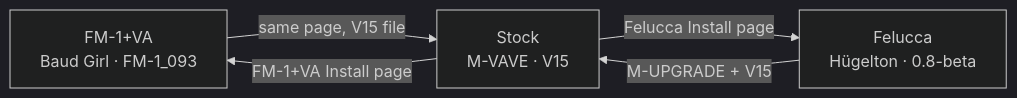
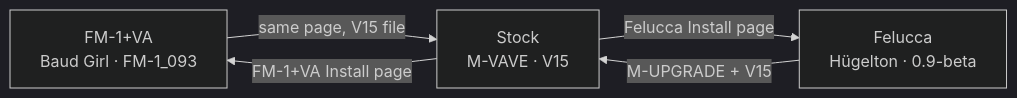
The diagram in docs/switching-firmware.md (benny-sparra/fm1-dx7-patch-importer), drawn with Mermaid (dark theme) before and after one commit. The commit also changed other lines of this file and 1 other file, not shown here.

First line of the commit message:
Update the Felucca notes for 0.9-beta (#157)

````diff
--- a/docs/switching-firmware.md
+++ b/docs/switching-firmware.md
@@ -11,10 +11,10 @@
 ```mermaid
 flowchart LR
   VA["FM-1+VA<br/>Baud Girl · FM-1_093"]
   Stock["Stock<br/>M-VAVE · V15"]
-  Felucca["Felucca<br/>Hügelton · 0.8-beta"]
+  Felucca["Felucca<br/>Hügelton · 0.9-beta"]
   Stock -- "FM-1+VA Install page" --> VA
   VA -- "same page, V15 file" --> Stock
   Stock -- "Felucca Install page" --> Felucca
   Felucca -- "M-UPGRADE + V15" --> Stock
 ```
````
